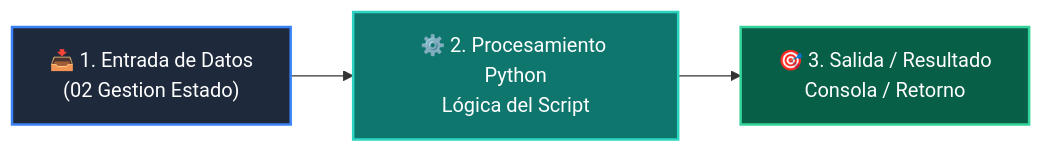
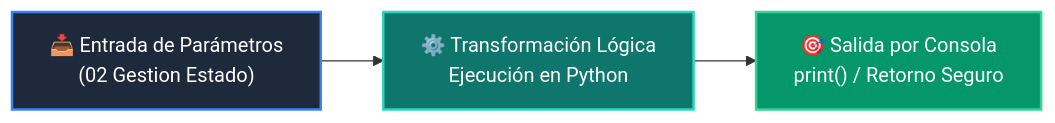
Before and after one commit to wisrovi/wisrovi-python: the diagram in 01-fundamentos-python/clase-08-proyecto-integrador-basico/ejemplos/ejemplo_02_gestion_estado/README.md, drawn with Mermaid. The commit also changed other lines of this file and 226 other files, not shown here.

Commit message:
docs: elevate all repository READMEs to world-class mastery standard with rich pedagogical architecture, custom Mermaids, and professional styling

````diff
--- a/01-fundamentos-python/clase-08-proyecto-integrador-basico/ejemplos/ejemplo_02_gestion_estado/README.md
+++ b/01-fundamentos-python/clase-08-proyecto-integrador-basico/ejemplos/ejemplo_02_gestion_estado/README.md
@@ -12,9 +19,9 @@
 ```mermaid
 flowchart LR
-    A["📥 1. Entrada de Datos<br/>(02 Gestion Estado)"] --> B["⚙️ 2. Procesamiento Python<br/>Lógica del Script"]
-    B --> C["🎯 3. Salida / Resultado<br/>Consola / Retorno"]
+    A["📥 Entrada de Parámetros<br/>(02 Gestion Estado)"] --> B["⚙️ Transformación Lógica<br/>Ejecución en Python"]
+    B --> C["🎯 Salida por Consola<br/>print() / Retorno Seguro"]
 
-    style A fill:#1e293b,color:#fff,stroke:#3b82f6,stroke-width:2px
-    style B fill:#0f766e,color:#fff,stroke:#2dd4bf,stroke-width:2px
-    style C fill:#065f46,color:#fff,stroke:#34d399,stroke-width:2px
+    style A fill:#1e293b,color:#ffffff,stroke:#3b82f6,stroke-width:2px
+    style B fill:#0f766e,color:#ffffff,stroke:#2dd4bf,stroke-width:2px
+    style C fill:#059669,color:#ffffff,stroke:#34d399,stroke-width:2px
 ```
````
